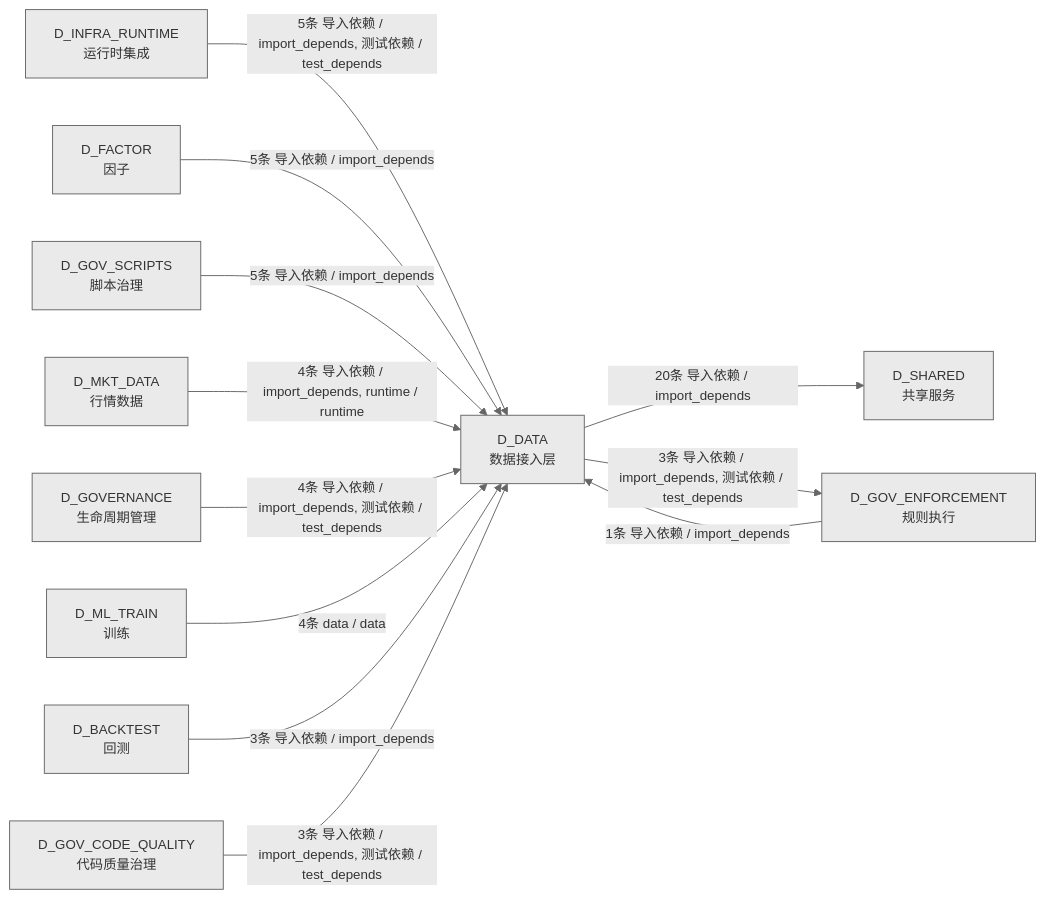
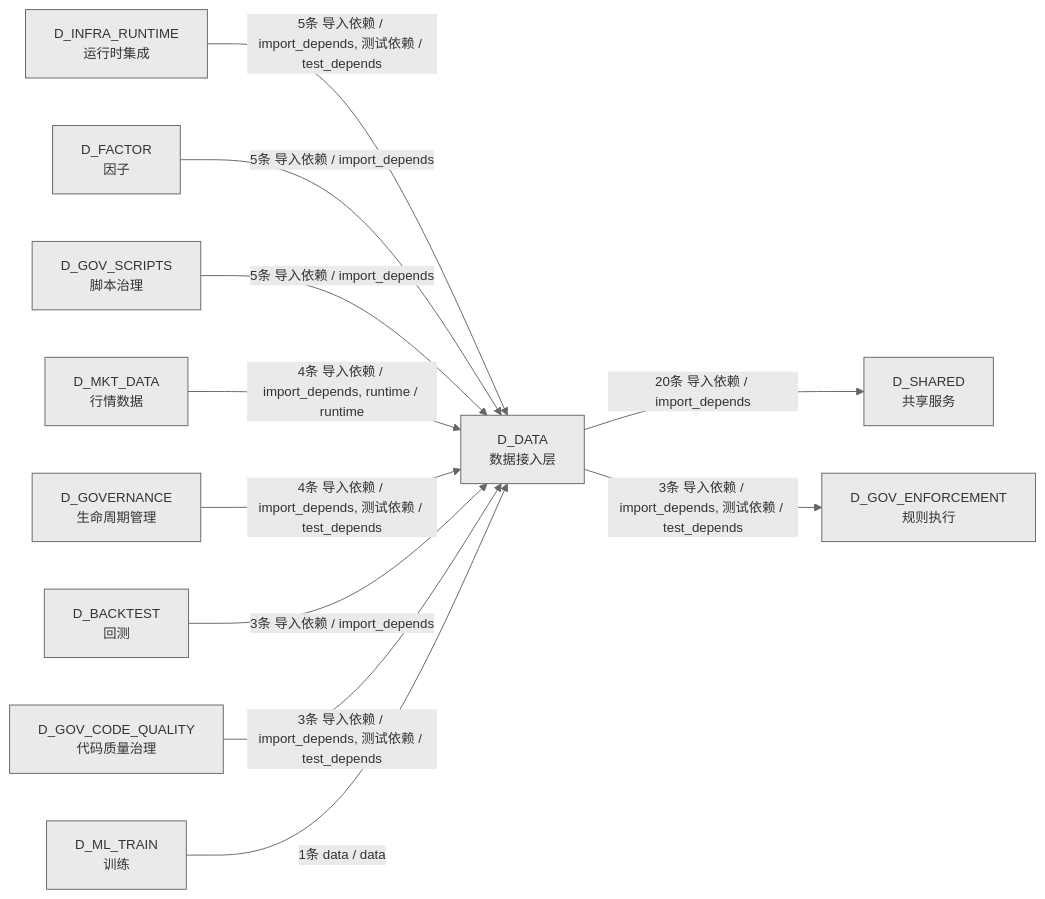
One commit to xuanFelixVan/ZephyrAlpha changed the fourth of 4 diagrams in docs/02_enterprise_architecture/02_domain_architecture_docs/11_d_data.md. Above: the diagram before and after it, drawn with Mermaid. The commit also changed other lines of this file and 122 other files, not shown here.

````diff
--- a/docs/02_enterprise_architecture/02_domain_architecture_docs/11_d_data.md
+++ b/docs/02_enterprise_architecture/02_domain_architecture_docs/11_d_data.md
@@ -1421,26 +1418,25 @@
 ```mermaid
 %%{init: {'theme': 'base', 'themeVariables': {'primaryColor': '#eaeaea', 'primaryTextColor': '#333333', 'primaryBorderColor': '#666666', 'lineColor': '#666666', 'secondaryColor': '#eaeaea', 'tertiaryColor': '#eaeaea', 'fontSize': '14px'}}}%%
 graph LR
     D_DATA["D_DATA<br/>数据接入层"]
     D_SHARED["D_SHARED<br/>共享服务"]
     D_GOV_ENFORCEMENT["D_GOV_ENFORCEMENT<br/>规则执行"]
     D_INFRA_RUNTIME["D_INFRA_RUNTIME<br/>运行时集成"]
     D_FACTOR["D_FACTOR<br/>因子"]
     D_GOV_SCRIPTS["D_GOV_SCRIPTS<br/>脚本治理"]
     D_MKT_DATA["D_MKT_DATA<br/>行情数据"]
     D_GOVERNANCE["D_GOVERNANCE<br/>生命周期管理"]
-    D_ML_TRAIN["D_ML_TRAIN<br/>训练"]
     D_BACKTEST["D_BACKTEST<br/>回测"]
     D_GOV_CODE_QUALITY["D_GOV_CODE_QUALITY<br/>代码质量治理"]
+    D_ML_TRAIN["D_ML_TRAIN<br/>训练"]
     D_DATA -->|20条 导入依赖 / import_depends| D_SHARED
     D_DATA -->|3条 导入依赖 / import_depends, 测试依赖 / test_depends| D_GOV_ENFORCEMENT
     D_INFRA_RUNTIME -->|5条 导入依赖 / import_depends, 测试依赖 / test_depends| D_DATA
     D_FACTOR -->|5条 导入依赖 / import_depends| D_DATA
     D_GOV_SCRIPTS -->|5条 导入依赖 / import_depends| D_DATA
     D_MKT_DATA -->|4条 导入依赖 / import_depends, runtime / runtime| D_DATA
     D_GOVERNANCE -->|4条 导入依赖 / import_depends, 测试依赖 / test_depends| D_DATA
-    D_ML_TRAIN -->|4条 data / data| D_DATA
     D_BACKTEST -->|3条 导入依赖 / import_depends| D_DATA
     D_GOV_CODE_QUALITY -->|3条 导入依赖 / import_depends, 测试依赖 / test_depends| D_DATA
-    D_GOV_ENFORCEMENT -->|1条 导入依赖 / import_depends| D_DATA
+    D_ML_TRAIN -->|1条 data / data| D_DATA
 ```
````
